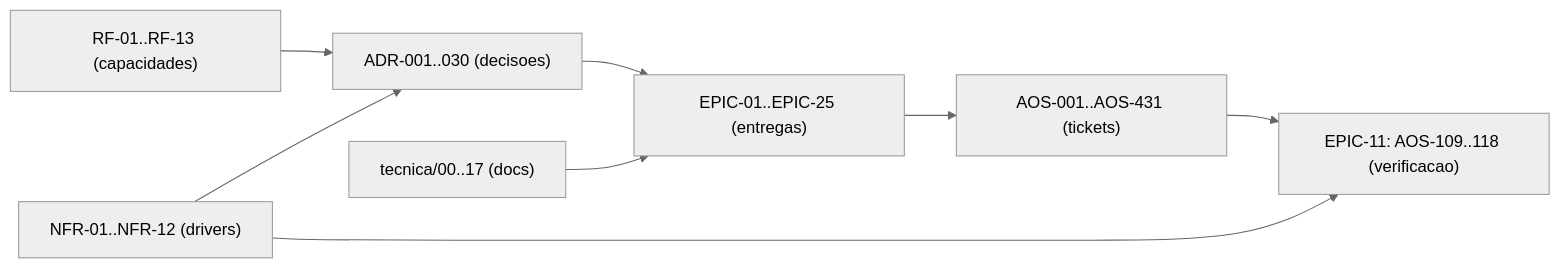
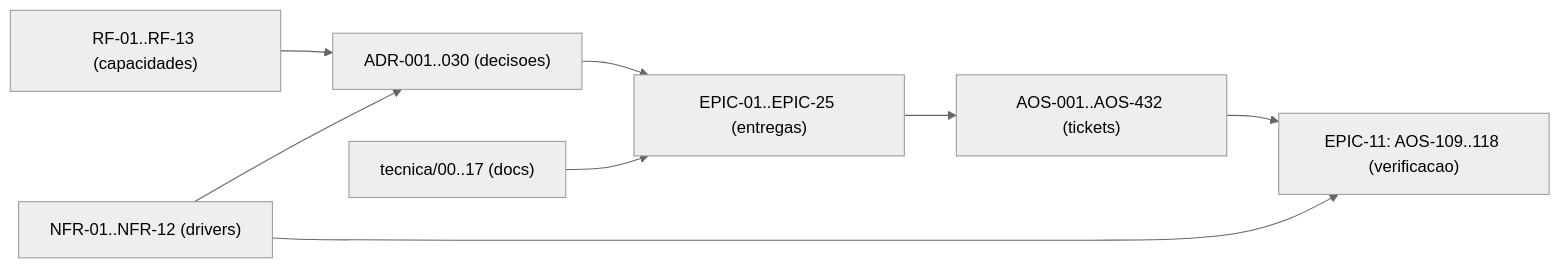
Before and after one commit to albinoJimy/aos: the diagram in tecnica/16_Rastreabilidade_RTM.md, drawn with Mermaid (neutral theme). The commit also changed other lines of this file and 12 other files, not shown here.

````diff
--- a/tecnica/16_Rastreabilidade_RTM.md
+++ b/tecnica/16_Rastreabilidade_RTM.md
@@ -190,10 +190,10 @@
 ```mermaid
 flowchart LR
     RF["RF-01..RF-13 (capacidades)"] --> ADR["ADR-001..030 (decisoes)"]
     NFR["NFR-01..NFR-12 (drivers)"] --> ADR
     ADR --> EPIC["EPIC-01..EPIC-25 (entregas)"]
-    EPIC --> TICK["AOS-001..AOS-431 (tickets)"]
+    EPIC --> TICK["AOS-001..AOS-432 (tickets)"]
     DOC["tecnica/00..17 (docs)"] --> EPIC
     TICK --> TEST["EPIC-11: AOS-109..118 (verificacao)"]
     NFR --> TEST
 ```
````
